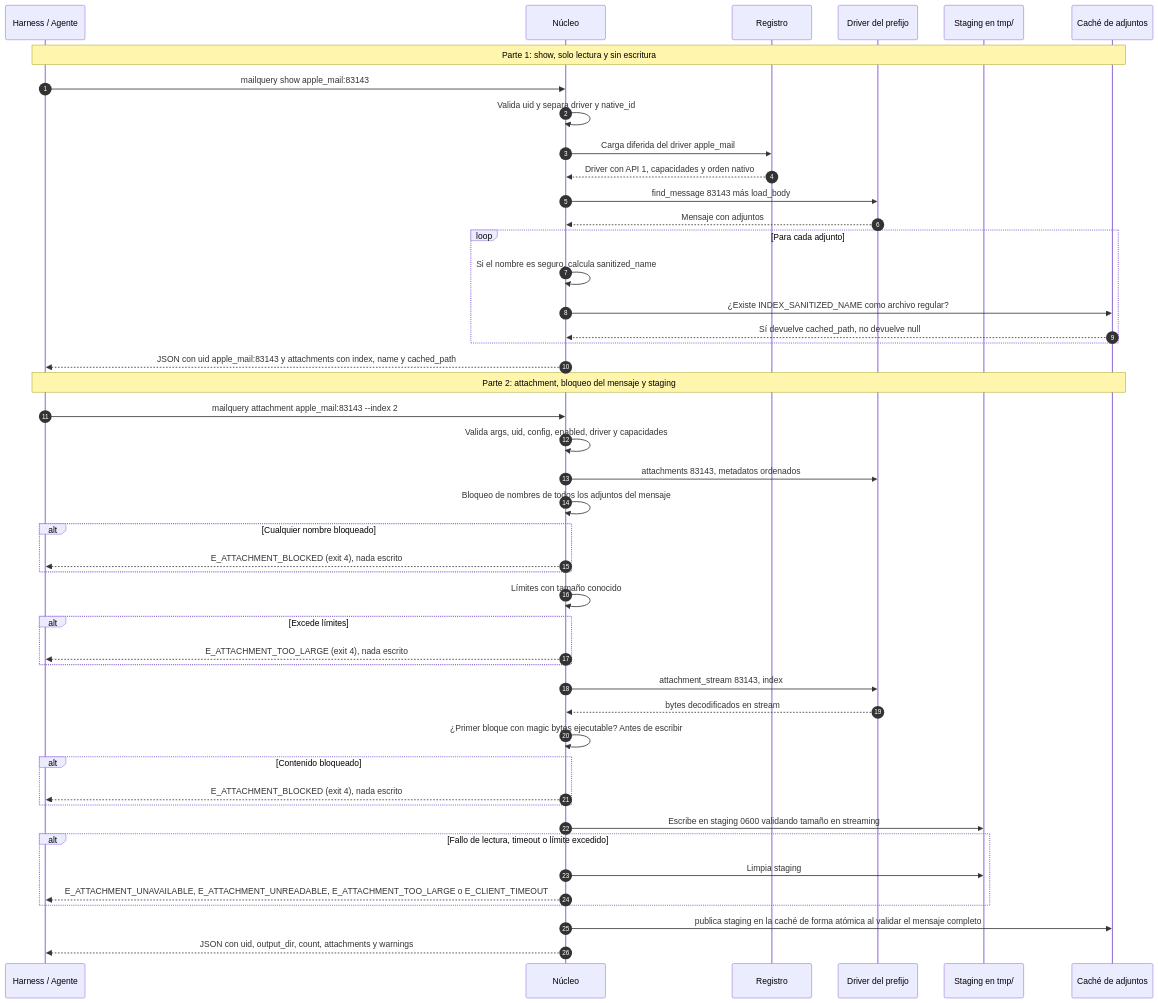
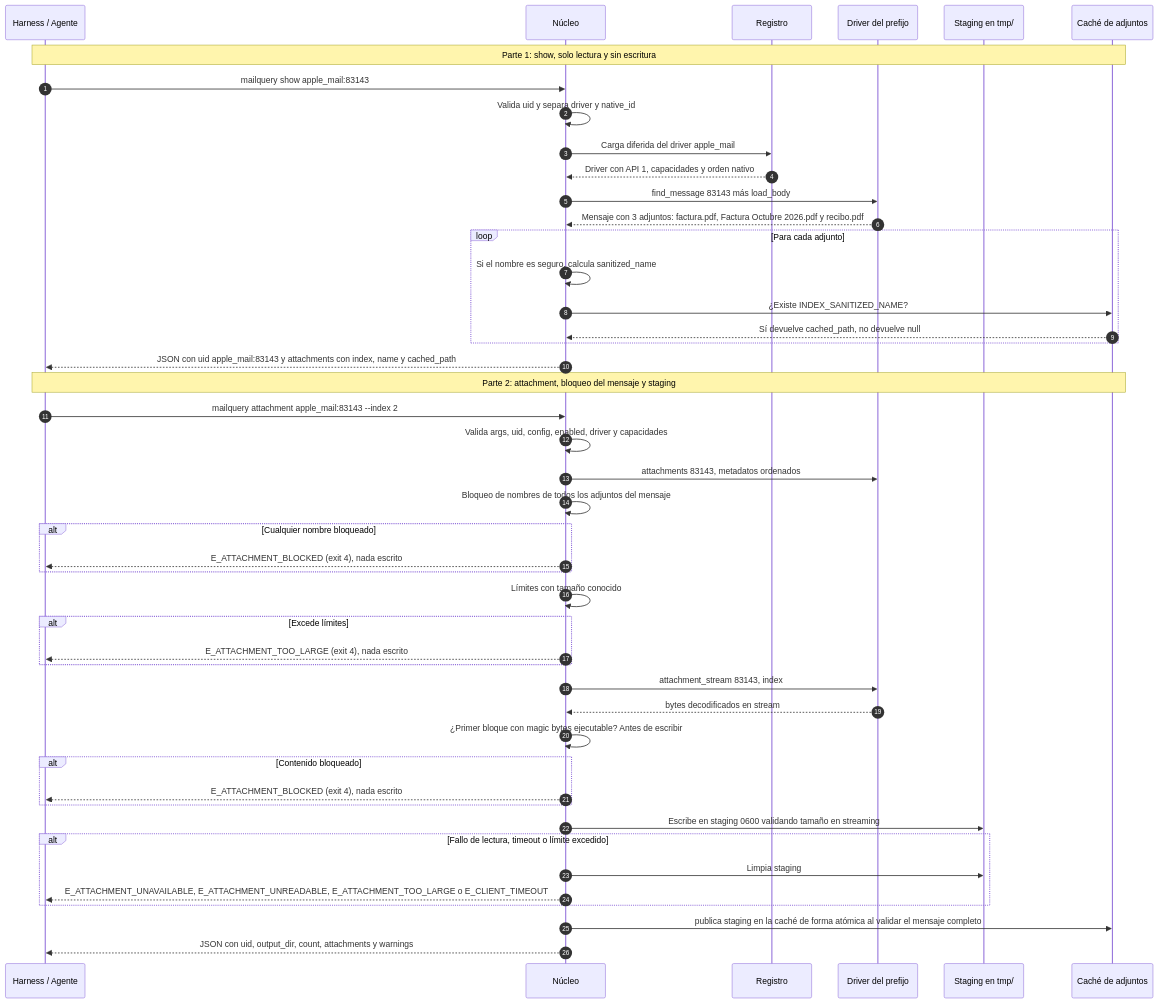
Before and after one commit to dayler/mailquery: the second of 2 diagrams in docs/PRD.md, drawn with Mermaid. The commit also changed other lines of this file and 59 other files, not shown here.

````diff
--- a/docs/PRD.md
+++ b/docs/PRD.md
@@ -373,50 +407,50 @@
 ```mermaid
 sequenceDiagram
     autonumber
     participant H as Harness / Agente
     participant Core as Núcleo
     participant REG as Registro
     participant BK as Driver del prefijo
     participant ST as Staging en tmp/
     participant FS as Caché de adjuntos
 
     Note over H,FS: Parte 1: show, solo lectura y sin escritura
     H->>Core: mailquery show apple_mail:83143
     Core->>Core: Valida uid y separa driver y native_id
     Core->>REG: Carga diferida del driver apple_mail
     REG-->>Core: Driver con API 1, capacidades y orden nativo
     Core->>BK: find_message 83143 más load_body
-    BK-->>Core: Mensaje con adjuntos
+    BK-->>Core: Mensaje con 3 adjuntos: factura.pdf, Factura Octubre 2026.pdf y recibo.pdf
     loop Para cada adjunto
         Core->>Core: Si el nombre es seguro, calcula sanitized_name
-        Core->>FS: ¿Existe INDEX_SANITIZED_NAME como archivo regular?
+        Core->>FS: ¿Existe INDEX_SANITIZED_NAME?
         FS-->>Core: Sí devuelve cached_path, no devuelve null
     end
     Core-->>H: JSON con uid apple_mail:83143 y attachments con index, name y cached_path
 
     Note over H,FS: Parte 2: attachment, bloqueo del mensaje y staging
     H->>Core: mailquery attachment apple_mail:83143 --index 2
     Core->>Core: Valida args, uid, config, enabled, driver y capacidades
     Core->>BK: attachments 83143, metadatos ordenados
     Core->>Core: Bloqueo de nombres de todos los adjuntos del mensaje
     alt Cualquier nombre bloqueado
         Core-->>H: E_ATTACHMENT_BLOCKED (exit 4), nada escrito
     end
     Core->>Core: Límites con tamaño conocido
     alt Excede límites
         Core-->>H: E_ATTACHMENT_TOO_LARGE (exit 4), nada escrito
     end
     Core->>BK: attachment_stream 83143, index
     BK-->>Core: bytes decodificados en stream
     Core->>Core: ¿Primer bloque con magic bytes ejecutable? Antes de escribir
     alt Contenido bloqueado
         Core-->>H: E_ATTACHMENT_BLOCKED (exit 4), nada escrito
     end
     Core->>ST: Escribe en staging 0600 validando tamaño en streaming
     alt Fallo de lectura, timeout o límite excedido
         Core->>ST: Limpia staging
         Core-->>H: E_ATTACHMENT_UNAVAILABLE, E_ATTACHMENT_UNREADABLE, E_ATTACHMENT_TOO_LARGE o E_CLIENT_TIMEOUT
     end
     Core->>FS: publica staging en la caché de forma atómica al validar el mensaje completo
     Core-->>H: JSON con uid, output_dir, count, attachments y warnings
 ```
````
